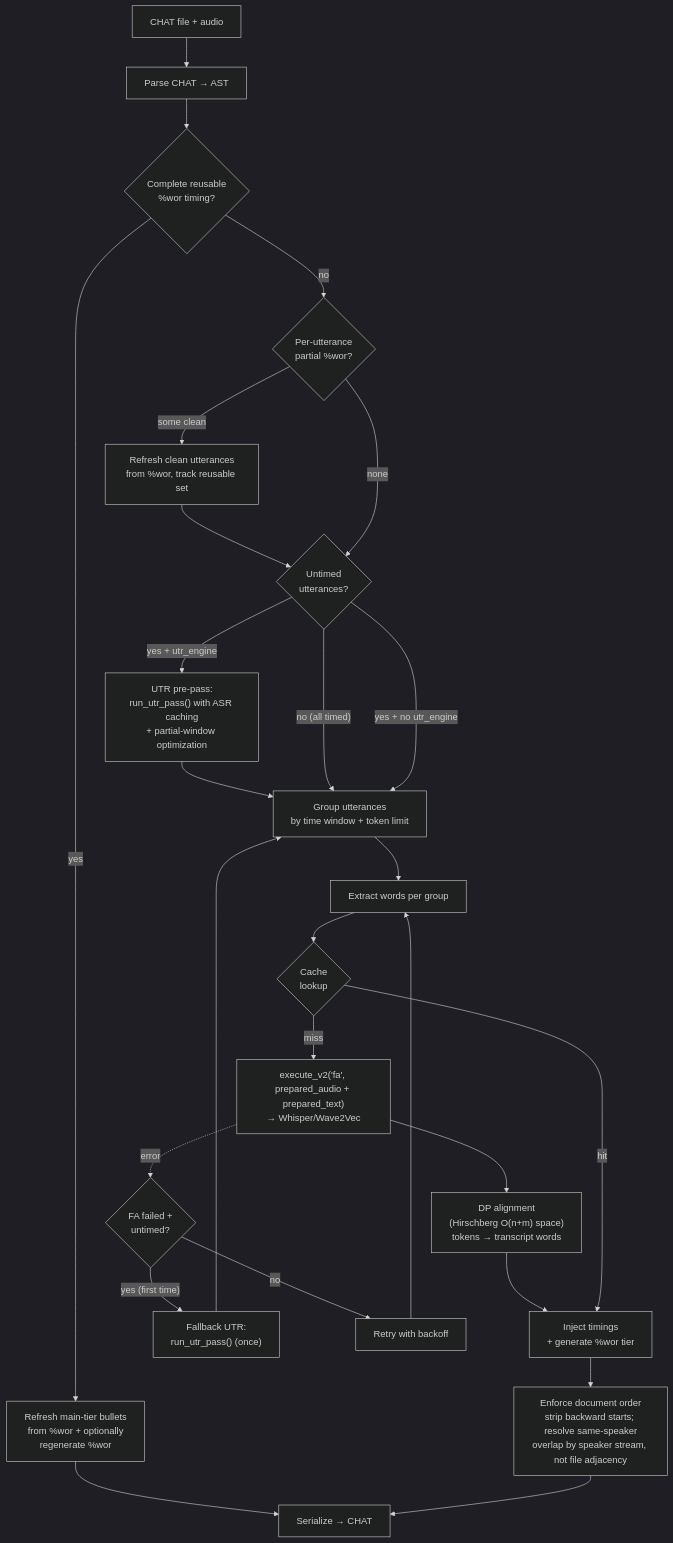
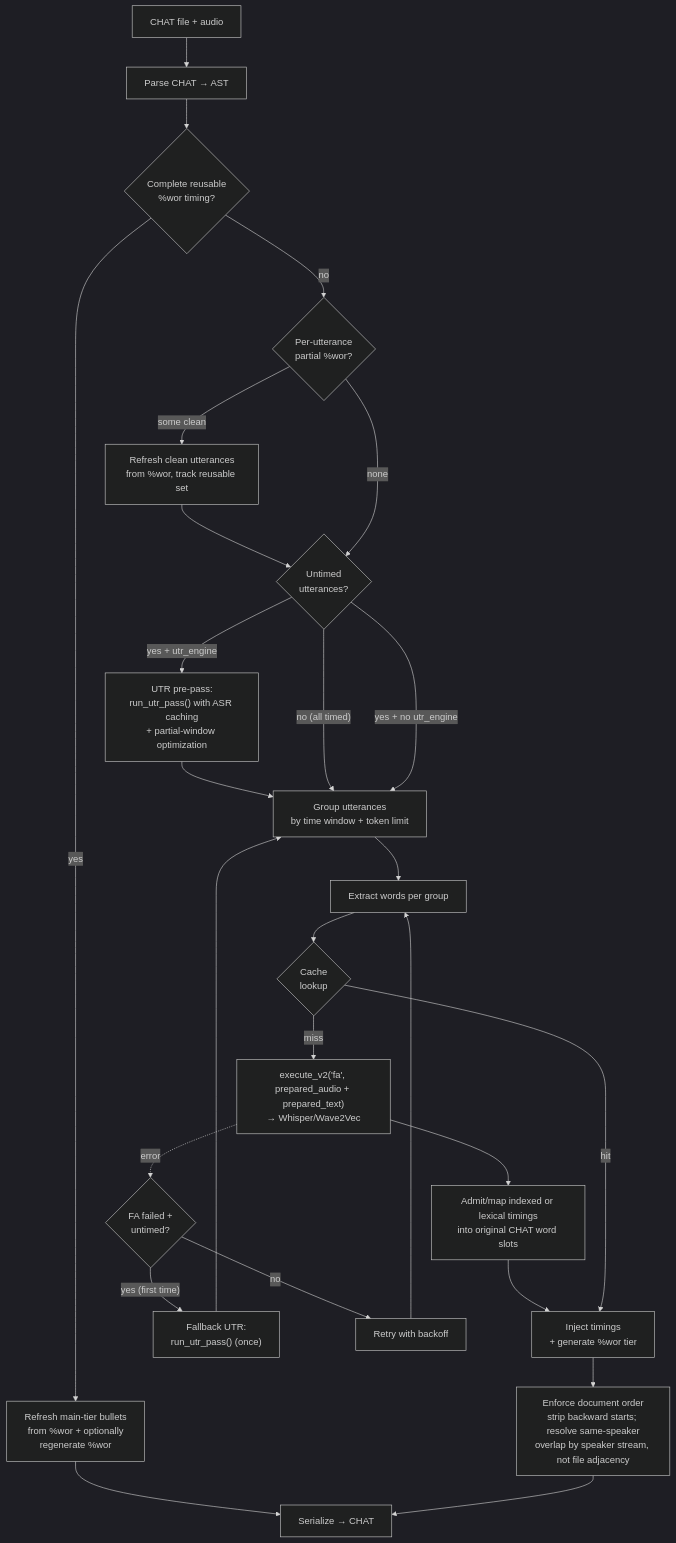
The first of 16 diagrams in book/src/batchalign/reference/forced-alignment.md (FranklinChen/talkbank-tools), drawn with Mermaid (dark theme) before and after one commit. The commit also changed other lines of this file and 61 other files, not shown here.

Commit message:
Harden bounded UTR proof and refresh qualified Chatter dependencies

````diff
--- a/book/src/batchalign/reference/forced-alignment.md
+++ b/book/src/batchalign/reference/forced-alignment.md
@@ -32,39 +32,39 @@
 ```mermaid
 flowchart TD
     chat["CHAT file + audio"]
     parse["Parse CHAT → AST"]
-    reuse{"Complete reusable\n%wor timing?"}
-    refresh["Refresh main-tier bullets\nfrom %wor + optionally\nregenerate %wor"]
-    partial{"Per-utterance\npartial %wor?"}
-    partial_refresh["Refresh clean utterances\nfrom %wor, track reusable set"]
-    count{"Untimed\nutterances?"}
-    utr["UTR pre-pass:\nrun_utr_pass() with ASR caching\n+ partial-window optimization"]
-    group["Group utterances\nby time window + token limit"]
+    reuse{"Complete reusable<br/>%wor timing?"}
+    refresh["Refresh main-tier bullets<br/>from %wor + optionally<br/>regenerate %wor"]
+    partial{"Per-utterance<br/>partial %wor?"}
+    partial_refresh["Refresh clean utterances<br/>from %wor, track reusable set"]
+    count{"Untimed<br/>utterances?"}
+    utr["UTR pre-pass:<br/>run_utr_pass() with ASR caching<br/>+ partial-window optimization"]
+    group["Group utterances<br/>by time window + token limit"]
     extract["Extract words per group"]
-    cache{"Cache\nlookup"}
-    fa["execute_v2('fa', prepared_audio + prepared_text)\n→ Whisper/Wave2Vec"]
-    dp["DP alignment\n(Hirschberg O(n+m) space)\ntokens → transcript words"]
-    inject["Inject timings\n+ generate %wor tier"]
-    mono["Enforce document order\nstrip backward starts; resolve same-speaker\noverlap by speaker stream, not file adjacency"]
+    cache{"Cache<br/>lookup"}
+    fa["execute_v2('fa', prepared_audio + prepared_text)<br/>→ Whisper/Wave2Vec"]
+    dp["Admit/map indexed or lexical timings<br/>into original CHAT word slots"]
+    inject["Inject timings<br/>+ generate %wor tier"]
+    mono["Enforce document order<br/>strip backward starts; resolve same-speaker<br/>overlap by speaker stream, not file adjacency"]
     out["Serialize → CHAT"]
-    retry{"FA failed +\nuntimed?"}
-    fallback["Fallback UTR:\nrun_utr_pass() (once)"]
+    retry{"FA failed +<br/>untimed?"}
+    fallback["Fallback UTR:<br/>run_utr_pass() (once)"]
 
     chat --> parse --> reuse
     reuse -->|"yes"| refresh --> out
     reuse -->|"no"| partial
     partial -->|"some clean"| partial_refresh --> count
     partial -->|"none"| count
     count -->|"yes + utr_engine"| utr --> group
     count -->|"no (all timed)"| group
     count -->|"yes + no utr_engine"| group
     group --> extract --> cache
     cache -->|miss| fa --> dp --> inject
     cache -->|hit| inject
     inject --> mono --> out
 
     fa -.->|"error"| retry
     retry -->|"yes (first time)"| fallback --> group
     retry -->|"no"| backoff["Retry with backoff"]
     backoff --> extract
 ```
````
